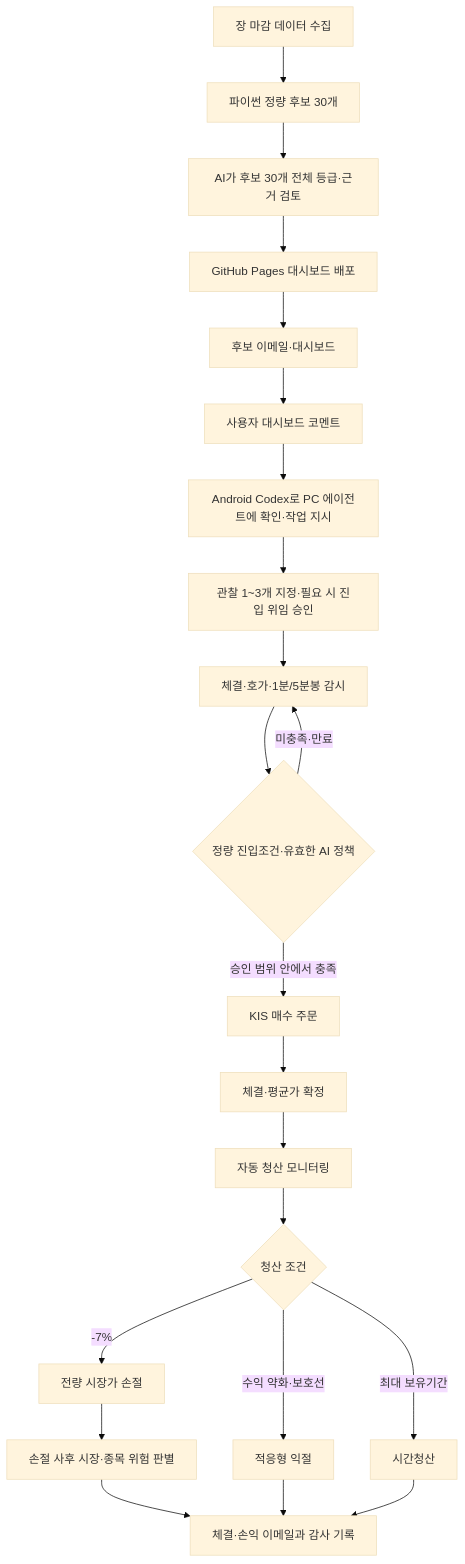
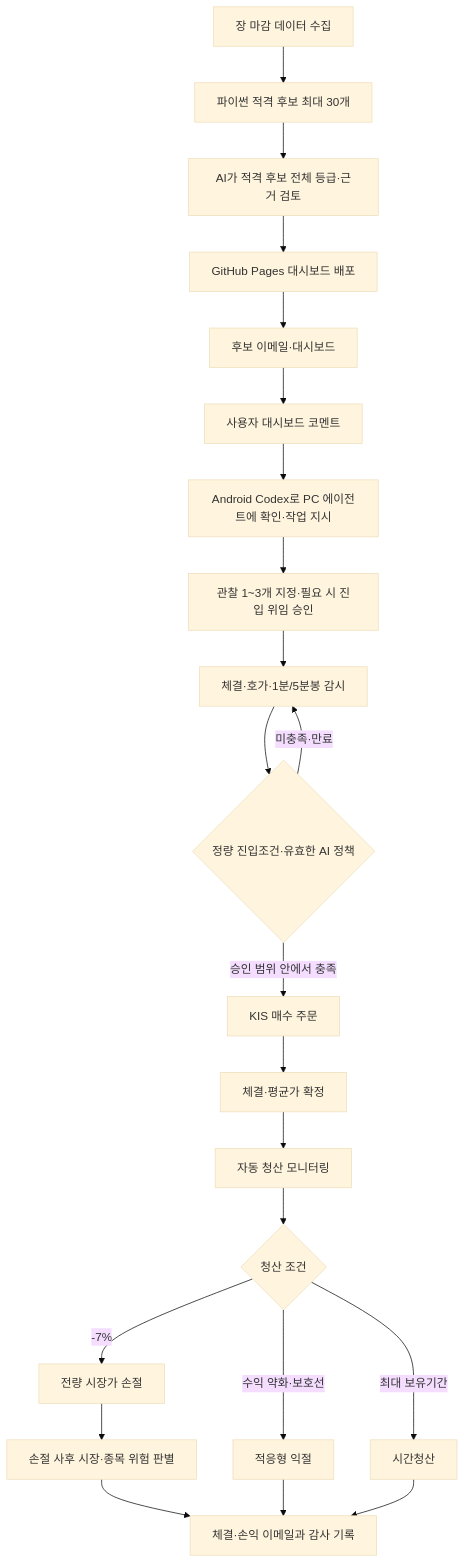
Before and after one commit to sungha-uu/danta: the diagram in DOCS/PRODUCT_AND_WORKFLOW.md, drawn with Mermaid (base theme). The commit also changed other lines of this file and 18 other files, not shown here.

````diff
--- a/DOCS/PRODUCT_AND_WORKFLOW.md
+++ b/DOCS/PRODUCT_AND_WORKFLOW.md
@@ -32,24 +32,24 @@
 ```mermaid
 flowchart TD
-    A["장 마감 데이터 수집"] --> B["파이썬 정량 후보 30개"]
-    B --> C["AI가 후보 30개 전체 등급·근거 검토"]
+    A["장 마감 데이터 수집"] --> B["파이썬 적격 후보 최대 30개"]
+    B --> C["AI가 적격 후보 전체 등급·근거 검토"]
     C --> D["GitHub Pages 대시보드 배포"]
     D --> E["후보 이메일·대시보드"]
     E --> F["사용자 대시보드 코멘트"]
     F --> G["Android Codex로 PC 에이전트에 확인·작업 지시"]
     G --> S["관찰 1~3개 지정·필요 시 진입 위임 승인"]
     S --> H["체결·호가·1분/5분봉 감시"]
     H --> I{"정량 진입조건·유효한 AI 정책"}
     I -- "미충족·만료" --> H
     I -- "승인 범위 안에서 충족" --> J["KIS 매수 주문"]
     J --> K["체결·평균가 확정"]
     K --> L["자동 청산 모니터링"]
     L --> M{"청산 조건"}
     M -- "-7%" --> N["전량 시장가 손절"]
     M -- "수익 약화·보호선" --> O["적응형 익절"]
     M -- "최대 보유기간" --> P["시간청산"]
     N --> R["손절 사후 시장·종목 위험 판별"]
     R --> Q["체결·손익 이메일과 감사 기록"]
     O --> Q
     P --> Q
 ```
````
